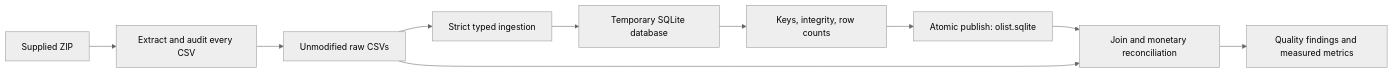
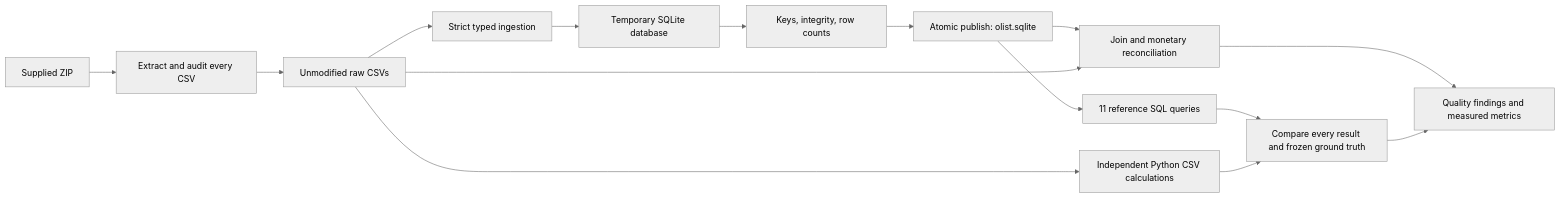
Before and after one commit to neelansh00/Agentic-E-commerce-Copilot: the first of 2 diagrams in README.md, drawn with Mermaid (neutral theme). The commit also changed other lines of this file and 28 other files, not shown here.

````diff
--- a/README.md
+++ b/README.md
@@ -51,12 +57,17 @@
 ```mermaid
 flowchart LR
     ZIP[Supplied ZIP] --> Audit[Extract and audit every CSV]
     Audit --> Raw[Unmodified raw CSVs]
     Raw --> Loader[Strict typed ingestion]
     Loader --> Temp[Temporary SQLite database]
     Temp --> Checks[Keys, integrity, row counts]
     Checks --> DB[Atomic publish: olist.sqlite]
     DB --> Verify[Join and monetary reconciliation]
     Raw --> Verify
     Verify --> Reports[Quality findings and measured metrics]
+    DB --> SQL[11 reference SQL queries]
+    Raw --> Reference[Independent Python CSV calculations]
+    SQL --> Compare[Compare every result and frozen ground truth]
+    Reference --> Compare
+    Compare --> Reports
 ```
````
